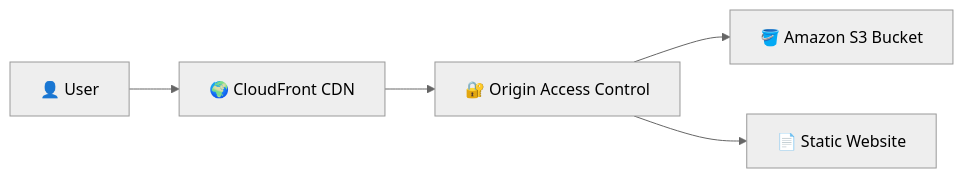
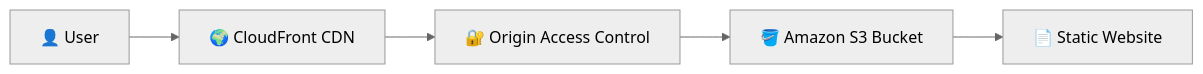
The first of 2 diagrams in README.md (cloudprohim/aws-s3-cloudfront-static-site), drawn with Mermaid (neutral theme) before and after one commit. The commit also changed other lines of this file and 1 other file, not shown here.

````diff
--- a/README.md
+++ b/README.md
@@ -48,13 +50,13 @@
 ```mermaid
 flowchart LR
     U[👤 User]
     CF[🌍 CloudFront CDN]
     OAC[🔐 Origin Access Control]
     S3[🪣 Amazon S3 Bucket]
     WEB[📄 Static Website]
 
     U --> CF
     CF --> OAC
     OAC --> S3
-    OAC --> WEB
+    S3 --> WEB
 ```
````
